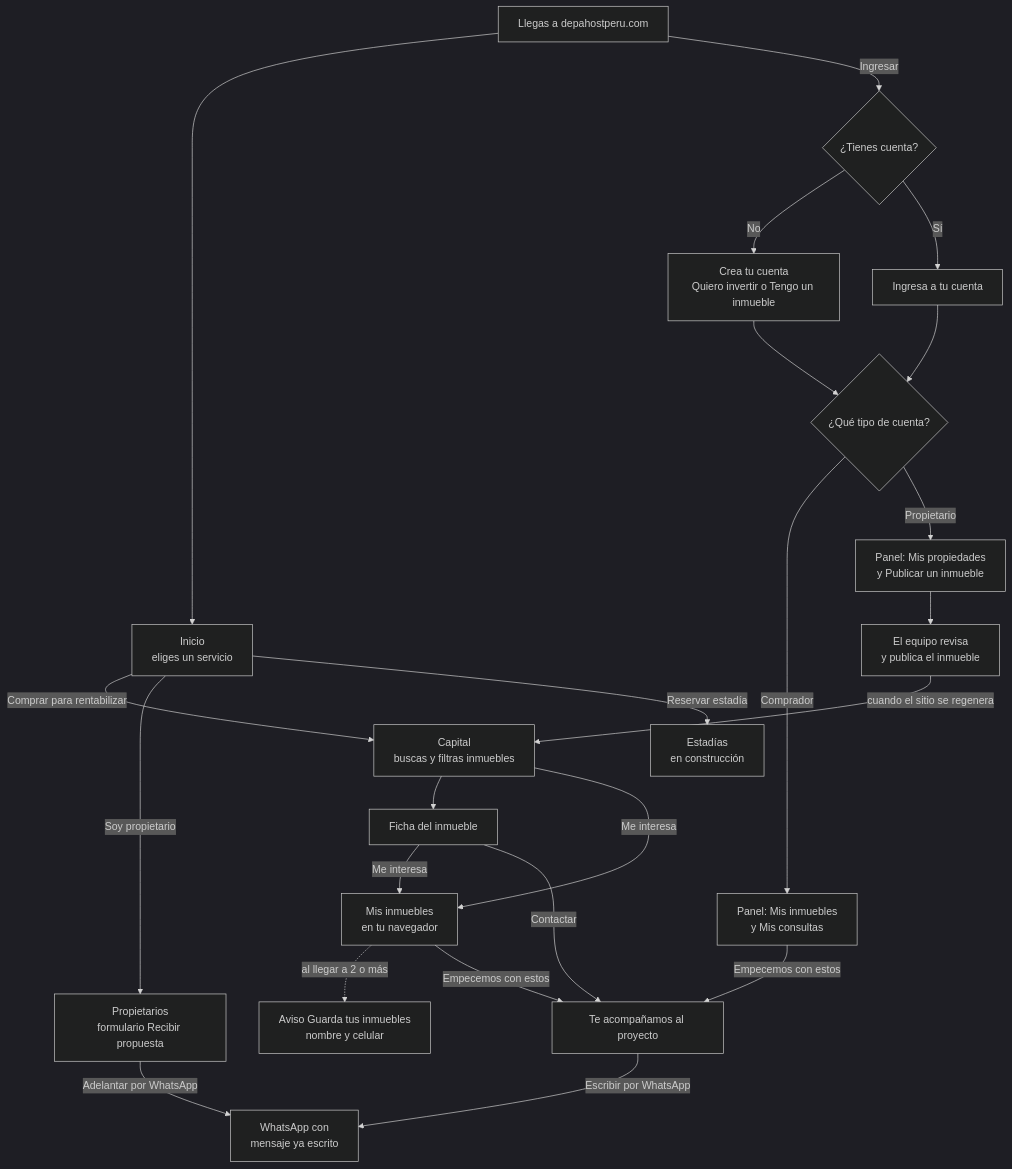
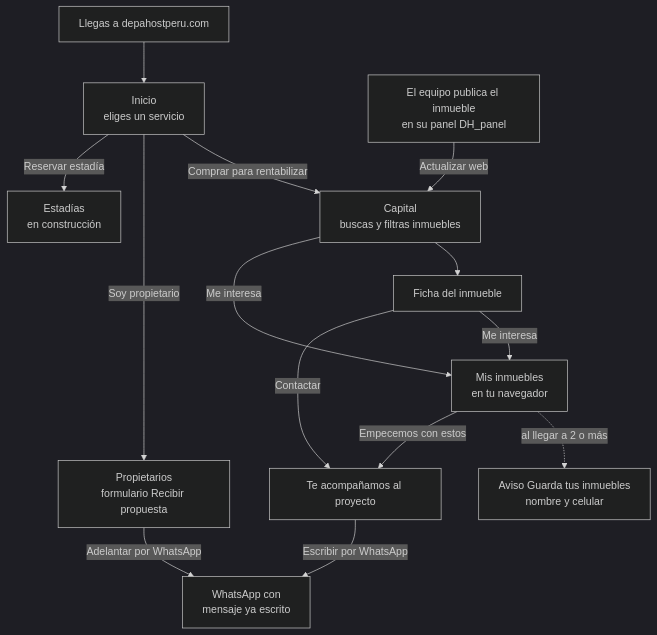
One commit to samirharrytl/DHC_landing changed the first of 9 diagrams in docs/plataforma/09-manual-funcional.md. Above: the diagram before and after it, drawn with Mermaid (dark theme). The commit also changed other lines of this file and 94 other files, not shown here.

````diff
--- a/docs/plataforma/09-manual-funcional.md
+++ b/docs/plataforma/09-manual-funcional.md
@@ -109,25 +89,16 @@
 ```mermaid
 flowchart TD
     llega["Llegas a depahostperu.com"] --> inicio["Inicio<br/>eliges un servicio"]
     inicio -->|"Comprar para rentabilizar"| capital["Capital<br/>buscas y filtras inmuebles"]
     inicio -->|"Soy propietario"| prop["Propietarios<br/>formulario Recibir propuesta"]
     inicio -->|"Reservar estadía"| estadias["Estadías<br/>en construcción"]
     capital --> ficha["Ficha del inmueble"]
     capital -->|"Me interesa"| guardar["Mis inmuebles<br/>en tu navegador"]
     ficha -->|"Me interesa"| guardar
     guardar -.->|"al llegar a 2 o más"| aviso["Aviso Guarda tus inmuebles<br/>nombre y celular"]
     guardar -->|"Empecemos con estos"| acomp["Te acompañamos al proyecto"]
     ficha -->|"Contactar"| acomp
     acomp -->|"Escribir por WhatsApp"| wa["WhatsApp con<br/>mensaje ya escrito"]
     prop -->|"Adelantar por WhatsApp"| wa
-    llega -->|"Ingresar"| tiene{"¿Tienes cuenta?"}
-    tiene -->|"No"| registro["Crea tu cuenta<br/>Quiero invertir o Tengo un inmueble"]
-    tiene -->|"Sí"| login["Ingresa a tu cuenta"]
-    registro --> rol{"¿Qué tipo de cuenta?"}
-    login --> rol
-    rol -->|"Comprador"| pcomp["Panel: Mis inmuebles<br/>y Mis consultas"]
-    rol -->|"Propietario"| pprop["Panel: Mis propiedades<br/>y Publicar un inmueble"]
-    pcomp -->|"Empecemos con estos"| acomp
-    pprop --> revision["El equipo revisa<br/>y publica el inmueble"]
-    revision -->|"cuando el sitio se regenera"| capital
+    equipo["El equipo publica el inmueble<br/>en su panel DH_panel"] -->|"Actualizar web"| capital
 ```
````
